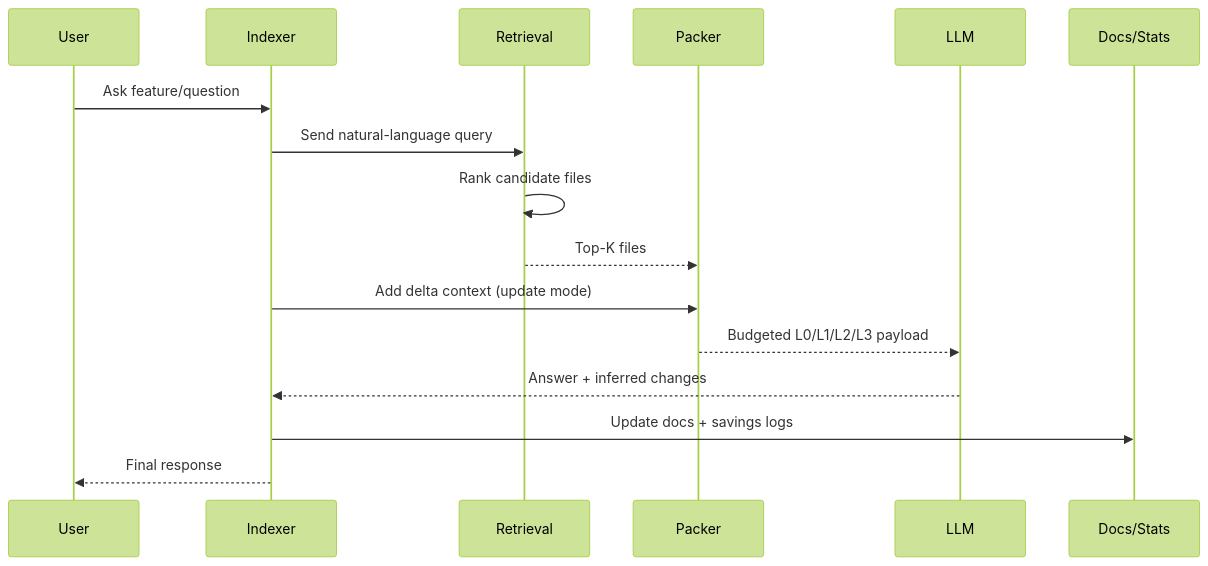
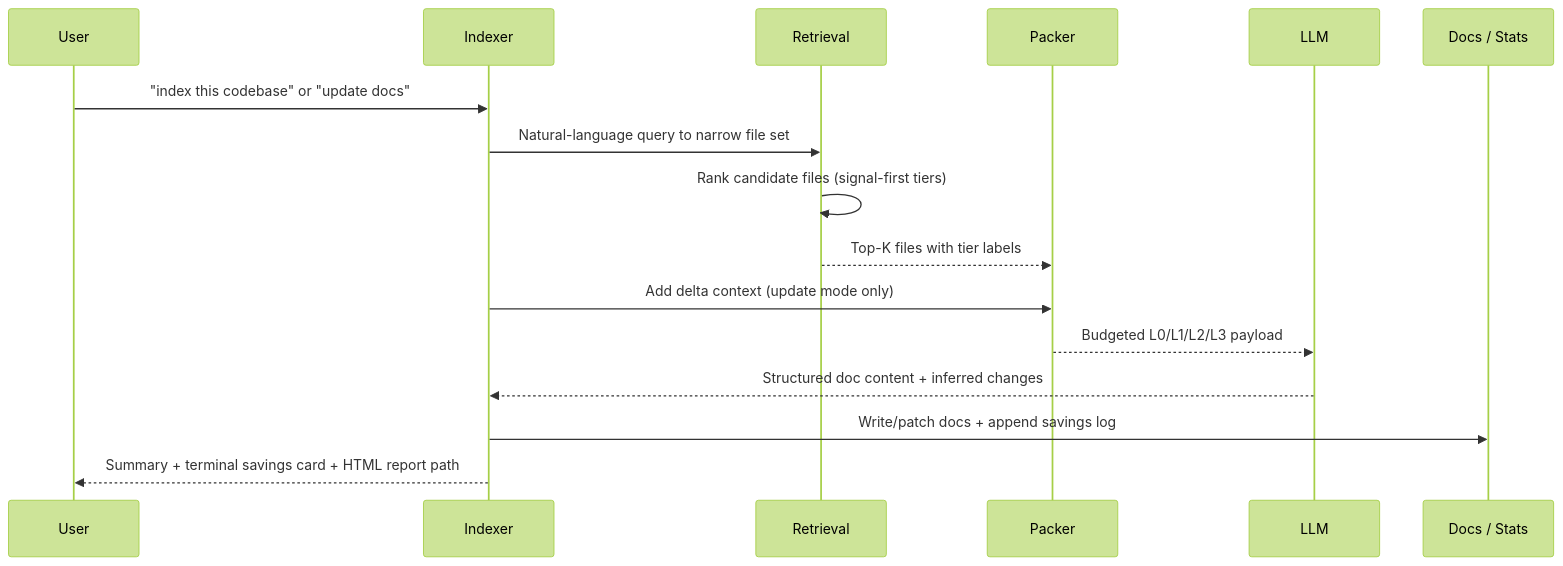
One commit to Elvis020/codebase-indexer changed the second of 2 diagrams in README.md. Above: the diagram before and after it, drawn with Mermaid (forest theme). The commit also changed other lines of this file, not shown here.

First line of the commit message:
overhaul README to professional grade with full feature documentation[deploy]

````diff
--- a/README.md
+++ b/README.md
@@ -56,19 +161,19 @@
 ```mermaid
 sequenceDiagram
     participant U as User
     participant I as Indexer
     participant R as Retrieval
     participant P as Packer
     participant L as LLM
-    participant D as Docs/Stats
+    participant D as Docs / Stats
 
-    U->>I: Ask feature/question
-    I->>R: Send natural-language query
-    R->>R: Rank candidate files
-    R-->>P: Top-K files
-    I->>P: Add delta context (update mode)
+    U->>I: "index this codebase" or "update docs"
+    I->>R: Natural-language query to narrow file set
+    R->>R: Rank candidate files (signal-first tiers)
+    R-->>P: Top-K files with tier labels
+    I->>P: Add delta context (update mode only)
     P-->>L: Budgeted L0/L1/L2/L3 payload
-    L-->>I: Answer + inferred changes
-    I->>D: Update docs + savings logs
-    I-->>U: Final response
+    L-->>I: Structured doc content + inferred changes
+    I->>D: Write/patch docs + append savings log
+    I-->>U: Summary + terminal savings card + HTML report path
 ```
````
